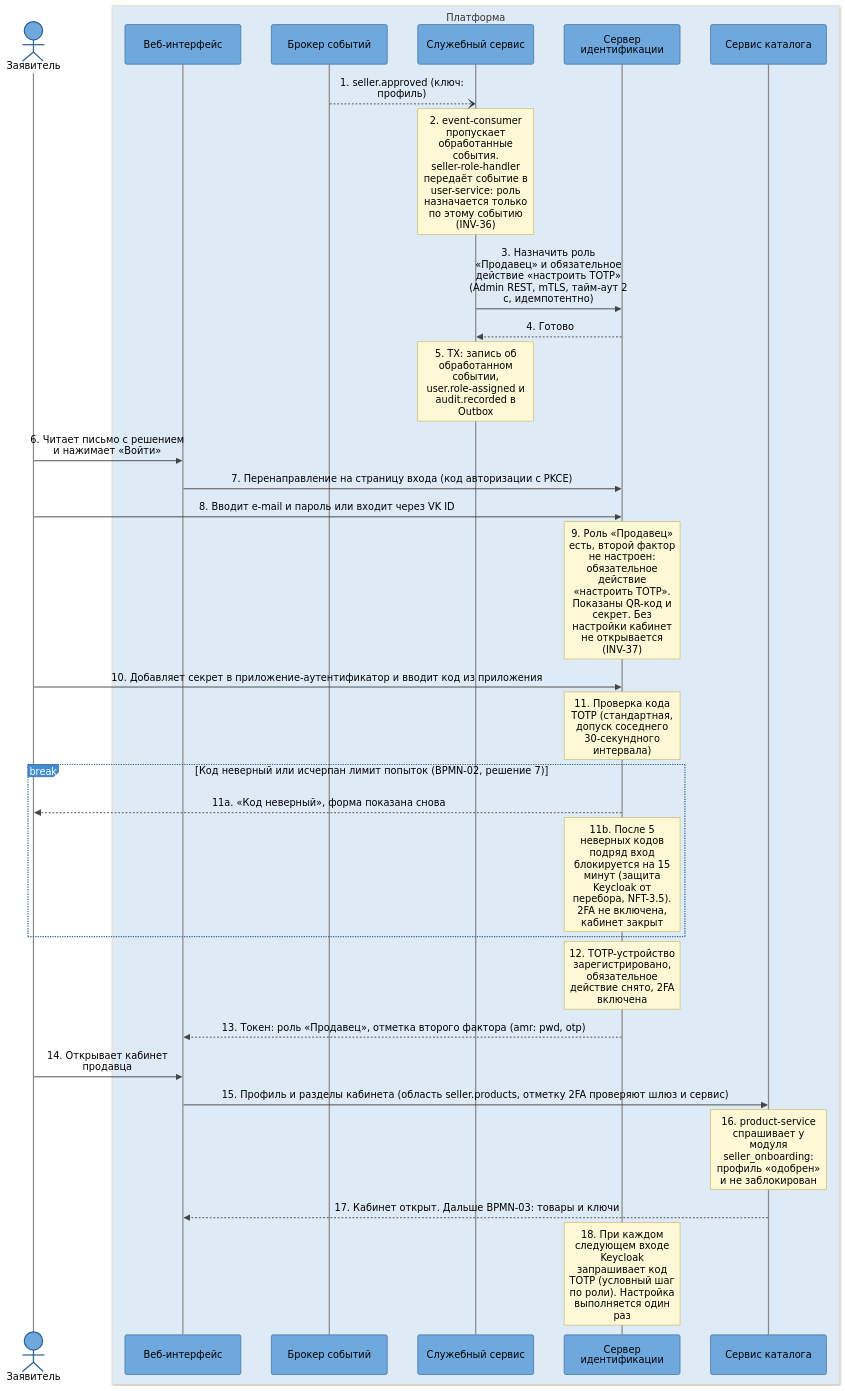
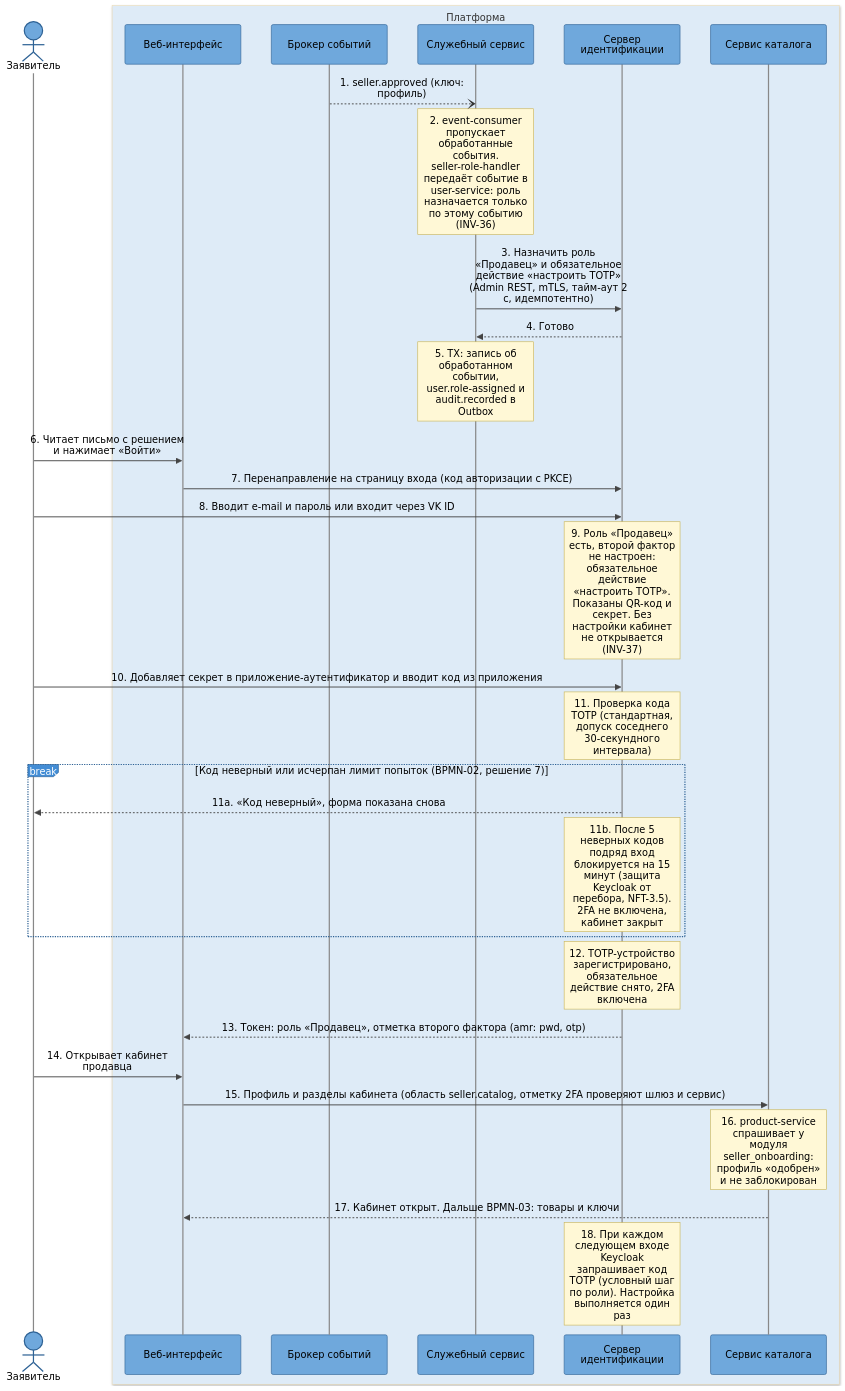
The second of 2 diagrams in docs/05-architecture/sequence-seller-approval.md (Lapin143/digital-goods-marketplace), drawn with Mermaid before and after one commit. The commit also changed other lines of this file and 8 other files, not shown here.

````diff
--- a/docs/05-architecture/sequence-seller-approval.md
+++ b/docs/05-architecture/sequence-seller-approval.md
@@ -154,35 +154,35 @@
 ```mermaid
 %%{init: {"theme":"base","themeVariables":{"actorBkg":"#6fa8dc","actorTextColor":"#000000","actorBorder":"#2e6295","actorLineColor":"#888888","signalColor":"#444444","signalTextColor":"#000000","noteBkgColor":"#fff8d6","noteTextColor":"#000000","noteBorderColor":"#c9b458","loopTextColor":"#000000","labelBoxBkgColor":"#438dd5","labelTextColor":"#ffffff","labelBoxBorderColor":"#2e6295","activationBkgColor":"#d9e8f7","activationBorderColor":"#2e6295"},"sequence":{"mirrorActors":true,"wrap":true,"width":190,"messageMargin":32,"boxMargin":8,"noteMargin":8}}}%%
 sequenceDiagram
     actor seller as Заявитель
     box rgb(222,235,247) Платформа
     participant web-app as Веб-интерфейс
     participant kafka as Брокер событий
     participant platform-service as Служебный сервис
     participant keycloak as Сервер идентификации
     participant catalog-service as Сервис каталога
     end
 
     kafka --) platform-service: 1. seller.approved (ключ: профиль)
     Note over platform-service: 2. event-consumer пропускает обработанные события. seller-role-handler передаёт событие в user-service: роль назначается только по этому событию (INV-36)
     platform-service ->> keycloak: 3. Назначить роль «Продавец» и обязательное действие «настроить TOTP» (Admin REST, mTLS, тайм-аут 2 с, идемпотентно)
     keycloak -->> platform-service: 4. Готово
     Note over platform-service: 5. TX: запись об обработанном событии, user.role-assigned и audit.recorded в Outbox
     seller ->> web-app: 6. Читает письмо с решением и нажимает «Войти»
     web-app ->> keycloak: 7. Перенаправление на страницу входа (код авторизации с PKCE)
     seller ->> keycloak: 8. Вводит e-mail и пароль или входит через VK ID
     Note over keycloak: 9. Роль «Продавец» есть, второй фактор не настроен: обязательное действие «настроить TOTP». Показаны QR-код и секрет. Без настройки кабинет не открывается (INV-37)
     seller ->> keycloak: 10. Добавляет секрет в приложение-аутентификатор и вводит код из приложения
     Note over keycloak: 11. Проверка кода TOTP (стандартная, допуск соседнего 30-секундного интервала)
     break Код неверный или исчерпан лимит попыток (BPMN-02, решение 7)
         keycloak -->> seller: 11a. «Код неверный», форма показана снова
         Note over keycloak: 11b. После 5 неверных кодов подряд вход блокируется на 15 минут (защита Keycloak от перебора, NFT-3.5). 2FA не включена, кабинет закрыт
     end
     Note over keycloak: 12. TOTP-устройство зарегистрировано, обязательное действие снято, 2FA включена
     keycloak -->> web-app: 13. Токен: роль «Продавец», отметка второго фактора (amr: pwd, otp)
     seller ->> web-app: 14. Открывает кабинет продавца
-    web-app ->> catalog-service: 15. Профиль и разделы кабинета (область seller.products, отметку 2FA проверяют шлюз и сервис)
+    web-app ->> catalog-service: 15. Профиль и разделы кабинета (область seller.catalog, отметку 2FA проверяют шлюз и сервис)
     Note over catalog-service: 16. product-service спрашивает у модуля seller_onboarding: профиль «одобрен» и не заблокирован
     catalog-service -->> web-app: 17. Кабинет открыт. Дальше BPMN-03: товары и ключи
     Note over keycloak: 18. При каждом следующем входе Keycloak запрашивает код TOTP (условный шаг по роли). Настройка выполняется один раз
 ```
````
